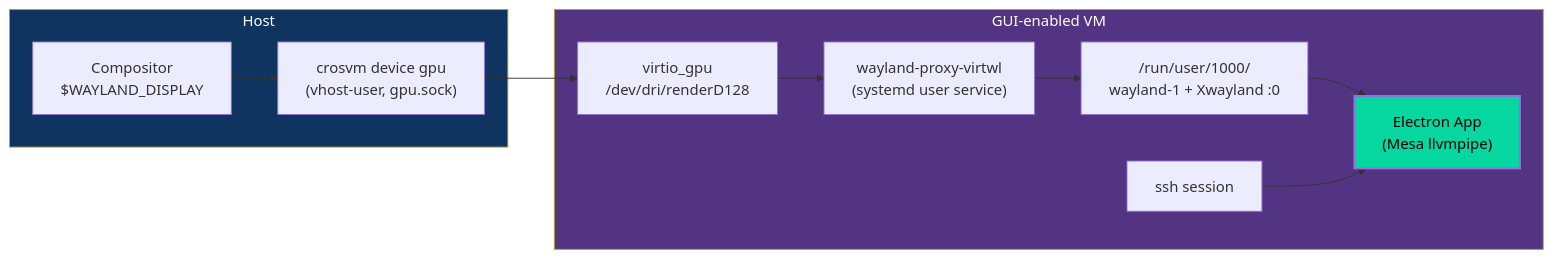
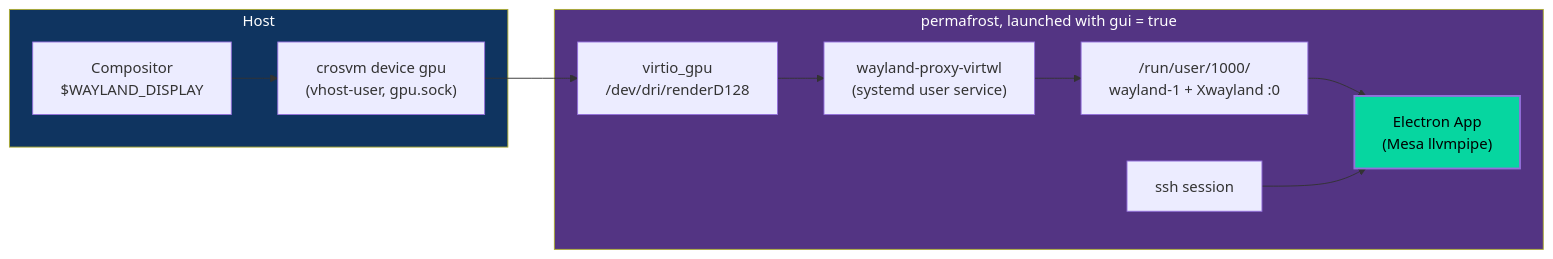
The fifth of 6 diagrams in docs/architecture.md (tenarches/nix-permafrost), drawn with Mermaid before and after one commit. The commit also changed other lines of this file, not shown here.

First line of the commit message:
docs: rewrite architecture.md for the dendritic module tree

````diff
--- a/docs/architecture.md
+++ b/docs/architecture.md
@@ -279,24 +374,24 @@
 ```mermaid
 graph LR
     subgraph HOST["Host"]
         COMP["Compositor<br/>$WAYLAND_DISPLAY"]
         CROSVM["crosvm device gpu<br/>(vhost-user, gpu.sock)"]
     end
 
-    subgraph GUEST["GUI-enabled VM"]
+    subgraph GUEST["permafrost, launched with gui = true"]
         VGPU["virtio_gpu<br/>/dev/dri/renderD128"]
         PROXY["wayland-proxy-virtwl<br/>(systemd user service)"]
         G_WL["/run/user/1000/<br/>wayland-1 + Xwayland :0"]
         ELECTRON["Electron App<br/>(Mesa llvmpipe)"]
         SSH["ssh session"]
 
         VGPU --> PROXY --> G_WL --> ELECTRON
         SSH --> ELECTRON
     end
 
     COMP --> CROSVM --> VGPU
 
     style HOST fill:#0f3460,color:#fff
     style GUEST fill:#533483,color:#fff
     style ELECTRON fill:#06d6a0,color:#000,stroke-width:2px
 ```
````
